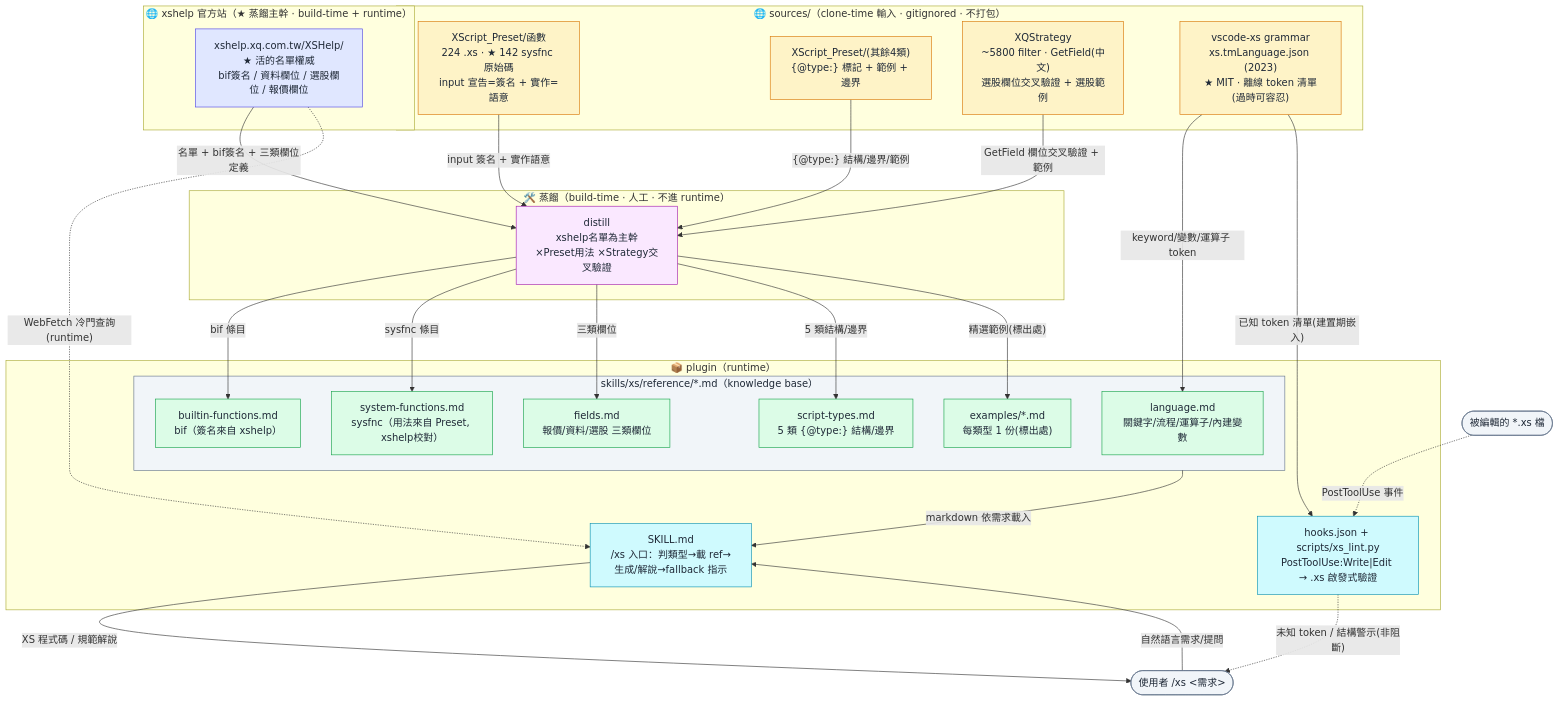
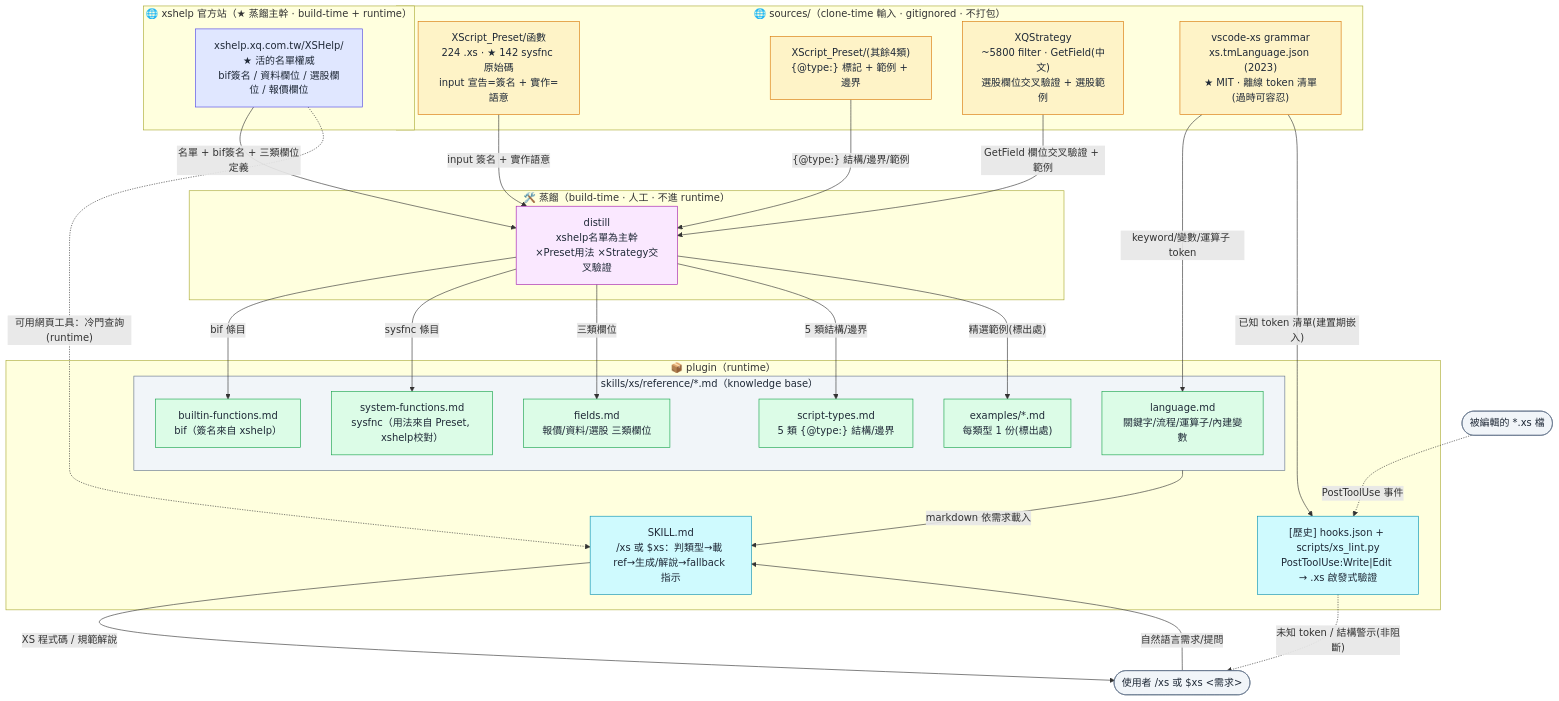
One commit to Benjamin-Teng/xs_helper changed the first of 2 diagrams in docs/architecture.md. Above: the diagram before and after it, drawn with Mermaid. The commit also changed other lines of this file and 4 other files, not shown here.

````diff
--- a/docs/architecture.md
+++ b/docs/architecture.md
@@ -37,74 +66,74 @@
 ```mermaid
 flowchart TD
     %% ===== External / 來源 =====
     subgraph WEB["🌐 xshelp 官方站（★ 蒸餾主幹 · build-time + runtime）"]
         XSHELP["xshelp.xq.com.tw/XSHelp/<br/>★ 活的名單權威<br/>bif簽名 / 資料欄位 / 選股欄位 / 報價欄位"]
     end
 
     subgraph SRC["🌐 sources/（clone-time 輸入 · gitignored · 不打包）"]
         PFUNC["XScript_Preset/函數<br/>224 .xs · ★ 142 sysfnc 原始碼<br/>input 宣告=簽名 + 實作=語意"]
         PTYPE["XScript_Preset/(其餘4類)<br/>{@type:} 標記 + 範例 + 邊界"]
         STRAT["XQStrategy<br/>~5800 filter · GetField(中文)<br/>選股欄位交叉驗證 + 選股範例"]
         GRAMMAR["vscode-xs grammar<br/>xs.tmLanguage.json (2023)<br/>★ MIT · 離線 token 清單(過時可容忍)"]
     end
 
     %% ===== 蒸餾 =====
     subgraph DISTILL["🛠️ 蒸餾（build-time · 人工 · 不進 runtime）"]
         D["distill<br/>xshelp名單為主幹<br/>×Preset用法 ×Strategy交叉驗證"]
     end
 
     %% ===== Plugin runtime =====
     subgraph PLUGIN["📦 plugin（runtime）"]
         subgraph REF["skills/xs/reference/*.md（knowledge base）"]
             LANG["language.md<br/>關鍵字/流程/運算子/內建變數"]
             BIF["builtin-functions.md<br/>bif（簽名來自 xshelp）"]
             SYS["system-functions.md<br/>sysfnc（用法來自 Preset, xshelp校對）"]
             FIELDS["fields.md<br/>報價/資料/選股 三類欄位"]
             TYPES["script-types.md<br/>5 類 {@type:} 結構/邊界"]
             EX["examples/*.md<br/>每類型 1 份(標出處)"]
         end
-        SKILL["SKILL.md<br/>/xs 入口：判類型→載 ref→生成/解說→fallback 指示"]
-        HOOK["hooks.json + scripts/xs_lint.py<br/>PostToolUse:Write|Edit → .xs 啟發式驗證"]
+        SKILL["SKILL.md<br/>/xs 或 $xs：判類型→載 ref→生成/解說→fallback 指示"]
+        HOOK["[歷史] hooks.json + scripts/xs_lint.py<br/>PostToolUse:Write|Edit → .xs 啟發式驗證"]
     end
 
-    USER(["使用者 /xs &lt;需求&gt;"])
+    USER(["使用者 /xs 或 $xs &lt;需求&gt;"])
     XSFILE(["被編輯的 *.xs 檔"])
 
     %% ===== 蒸餾資料流（實線：傳什麼）=====
     XSHELP -->|"名單 + bif簽名 + 三類欄位定義"| D
     PFUNC -->|"input 簽名 + 實作語意"| D
     PTYPE -->|"{@type:} 結構/邊界/範例"| D
     STRAT -->|"GetField 欄位交叉驗證 + 範例"| D
     GRAMMAR -->|"keyword/變數/運算子 token"| LANG
 
     D -->|"bif 條目"| BIF
     D -->|"sysfnc 條目"| SYS
     D -->|"三類欄位"| FIELDS
     D -->|"5 類結構/邊界"| TYPES
     D -->|"精選範例(標出處)"| EX
 
     %% ===== runtime 載入（實線）/ fallback（虛線）=====
     REF -->|"markdown 依需求載入"| SKILL
-    XSHELP -.->|"WebFetch 冷門查詢(runtime)"| SKILL
+    XSHELP -.->|"可用網頁工具：冷門查詢(runtime)"| SKILL
     USER -->|"自然語言需求/提問"| SKILL
     SKILL -->|"XS 程式碼 / 規範解說"| USER
 
     %% ===== Hook 旁支 =====
     GRAMMAR -->|"已知 token 清單(建置期嵌入)"| HOOK
     XSFILE -.->|"PostToolUse 事件"| HOOK
     HOOK -.->|"未知 token / 結構警示(非阻斷)"| USER
 
     classDef src fill:#fef3c7,stroke:#d97706,color:#1f2937;
     classDef web fill:#e0e7ff,stroke:#4f46e5,color:#1f2937;
     classDef distill fill:#fae8ff,stroke:#a21caf,color:#1f2937;
     classDef ref fill:#dcfce7,stroke:#16a34a,color:#1f2937;
     classDef core fill:#cffafe,stroke:#0891b2,color:#1f2937;
     classDef io fill:#f1f5f9,stroke:#64748b,color:#1f2937;
 
     class PFUNC,PTYPE,STRAT,GRAMMAR src;
     class XSHELP web;
     class D distill;
     class LANG,BIF,SYS,FIELDS,TYPES,EX ref;
     class SKILL,HOOK core;
     class USER,XSFILE,REF io;
 ```
````
